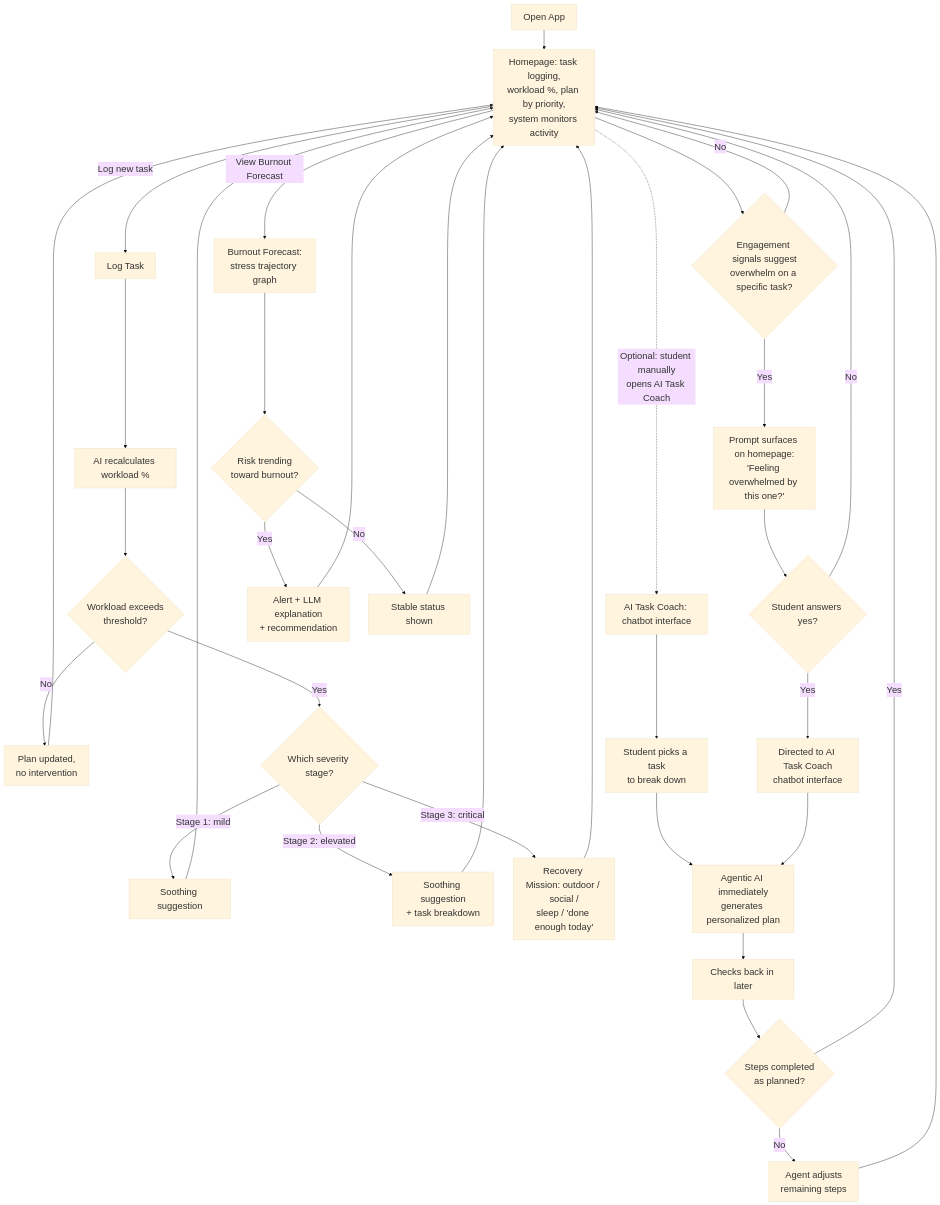
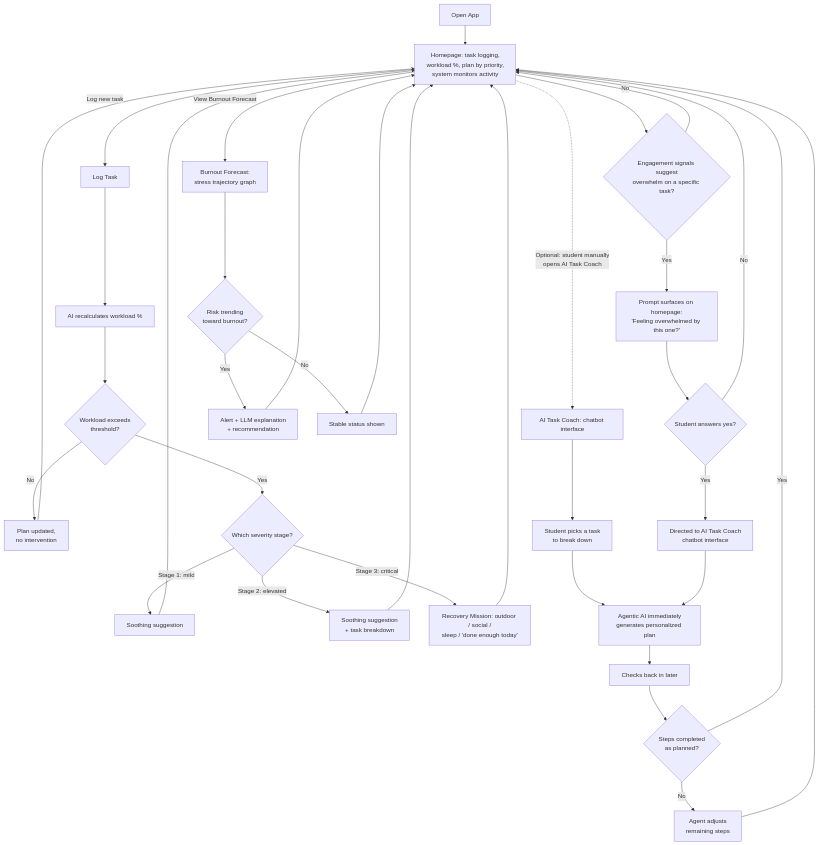
One commit to ran-coder/AI-Stress-Manager-App changed the diagram in README.md. Above: the diagram before and after it, drawn with Mermaid.

Commit message:
Change font size in mermaid chart
Updated mermaid chart font size in README.

````diff
--- a/README.md
+++ b/README.md
@@ -28,43 +28,43 @@
 ```mermaid
-%%{init: {"theme": "base", "themeVariables": {"fontSize": "24px"}}}%%
+%%{init: {"fontSize": "30px"}}}%%
 flowchart TD
     A[Open App] --> B[Homepage: task logging,<br/>workload %, plan by priority,<br/>system monitors activity]
 
     B -->|Log new task| C[Log Task]
     C --> D[AI recalculates workload %]
     D --> E{Workload exceeds<br/>threshold?}
     E -->|No| J[Plan updated,<br/>no intervention]
     E -->|Yes| F{Which severity stage?}
     F -->|Stage 1: mild| G[Soothing suggestion]
     F -->|Stage 2: elevated| H[Soothing suggestion<br/>+ task breakdown]
     F -->|Stage 3: critical| I[Recovery Mission: outdoor / social /<br/>sleep / 'done enough today']
     G --> B
     H --> B
     I --> B
     J --> B
 
     B --> L{Engagement signals suggest<br/>overwhelm on a specific task?}
     L -->|No| B
     L -->|Yes| M["Prompt surfaces on homepage:<br/>'Feeling overwhelmed by this one?'"]
     M --> N{Student answers yes?}
     N -->|No| B
     N -->|Yes| K[Directed to AI Task Coach<br/>chatbot interface]
 
     B -.->|Optional: student manually<br/>opens AI Task Coach| K2[AI Task Coach: chatbot interface]
     K2 --> S[Student picks a task<br/>to break down]
     S --> O
 
     K --> O[Agentic AI immediately<br/>generates personalized plan]
     O --> P[Checks back in later]
     P --> Q{Steps completed<br/>as planned?}
     Q -->|Yes| B
     Q -->|No| R[Agent adjusts<br/>remaining steps]
     R --> B
 
     B -->|   View Burnout Forecast| T[Burnout Forecast:<br/>stress trajectory graph]
     T --> U{Risk trending<br/>toward burnout?}
     U -->|Yes| V[Alert + LLM explanation<br/>+ recommendation]
     U -->|No| W[Stable status shown]
     V --> B
     W --> B
 ```
````
